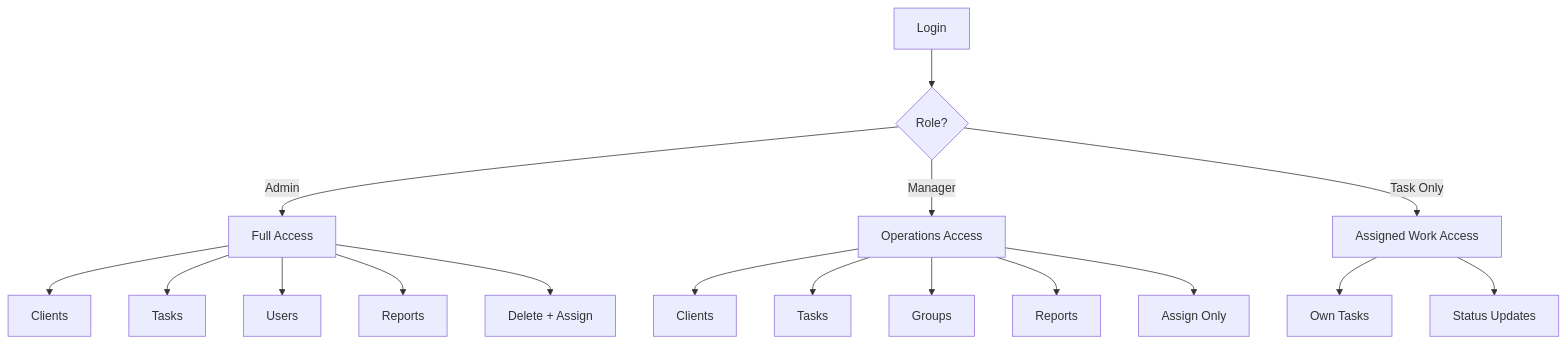
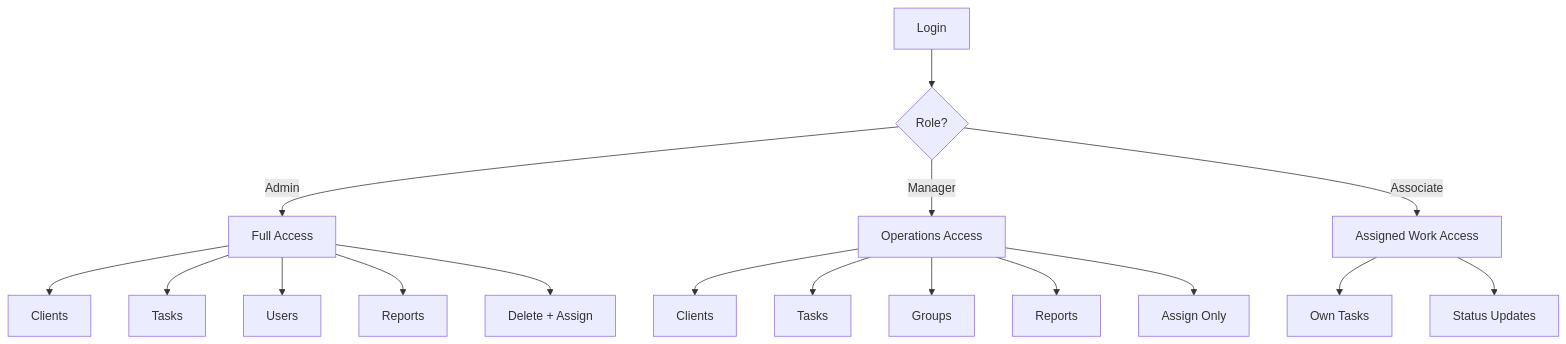
Before and after one commit to tushar-134/Project1: diagram 15 of 15 in PROJECT_FLOW_ARCHITECTURE.md, drawn with Mermaid. The commit also changed other lines of this file and 6 other files, not shown here.

Commit message:
chore: replace remaining occurrences of task_only with associate

````diff
--- a/PROJECT_FLOW_ARCHITECTURE.md
+++ b/PROJECT_FLOW_ARCHITECTURE.md
@@ -291,23 +291,23 @@
 ```mermaid
 flowchart TD
     A["Login"] --> B{"Role?"}
 
     B -->|Admin| C["Full Access"]
     B -->|Manager| D["Operations Access"]
-    B -->|Task Only| E["Assigned Work Access"]
+    B -->|Associate| E["Assigned Work Access"]
 
     C --> C1["Clients"]
     C --> C2["Tasks"]
     C --> C3["Users"]
     C --> C4["Reports"]
     C --> C5["Delete + Assign"]
 
     D --> D1["Clients"]
     D --> D2["Tasks"]
     D --> D3["Groups"]
     D --> D4["Reports"]
     D --> D5["Assign Only"]
 
     E --> E1["Own Tasks"]
     E --> E2["Status Updates"]
 ```
````
